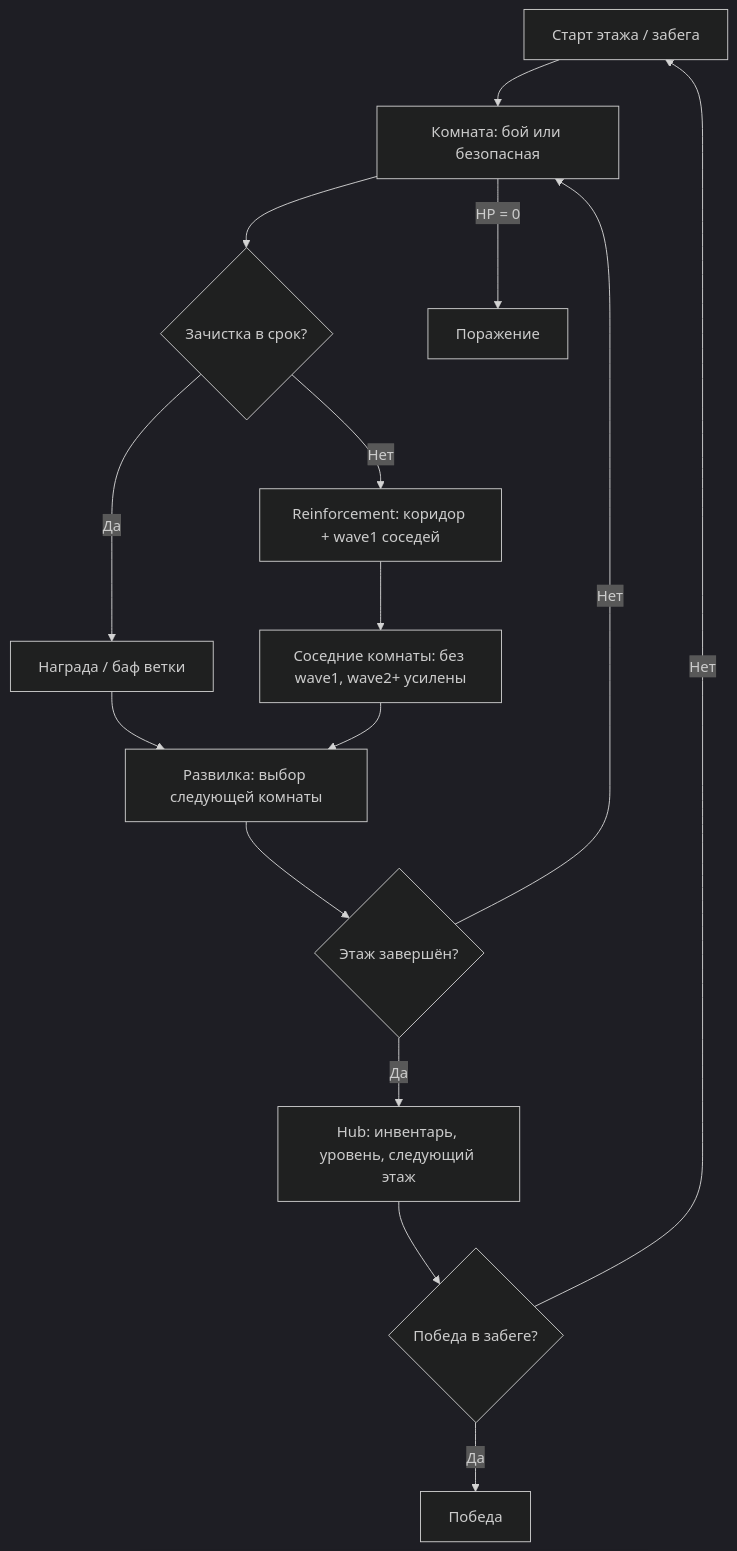
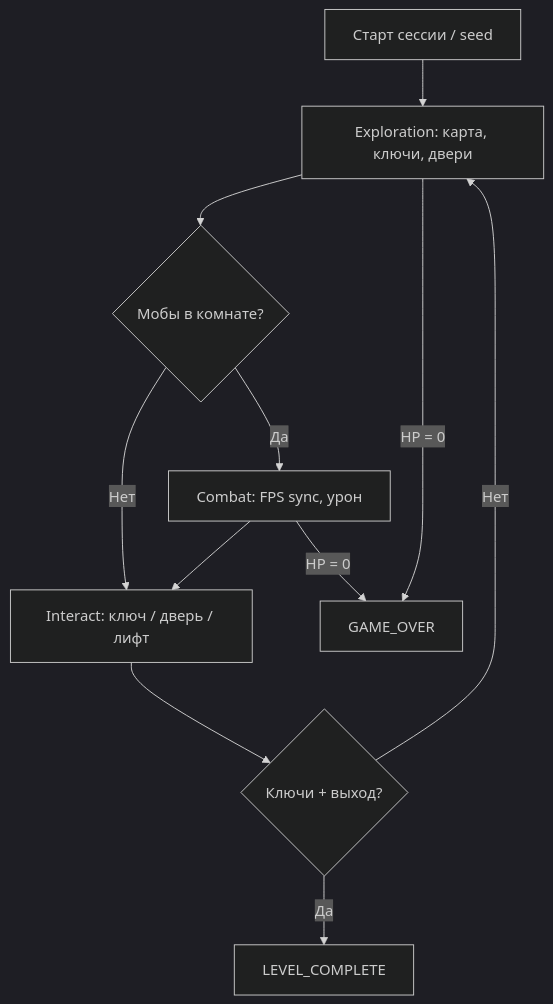
The diagram in docs/game-design.md (sallich/karlik2.SE_RUS), drawn with Mermaid (dark theme) before and after one commit. The commit also changed other lines of this file and 110 other files, not shown here.

````diff
--- a/docs/game-design.md
+++ b/docs/game-design.md
@@ -33,17 +22,13 @@
 ```mermaid
 flowchart TD
-    A[Старт этажа / забега] --> B[Комната: бой или безопасная]
-    B --> C{Зачистка в срок?}
-    C -->|Да| D[Награда / баф ветки]
-    C -->|Нет| E[Reinforcement: коридор + wave1 соседей]
-    E --> F[Соседние комнаты: без wave1, wave2+ усилены]
-    D --> G[Развилка: выбор следующей комнаты]
-    F --> G
-    G --> H{Этаж завершён?}
-    H -->|Нет| B
-    H -->|Да| I[Hub: инвентарь, уровень, следующий этаж]
-    I --> J{Победа в забеге?}
-    J -->|Нет| A
-    J -->|Да| K[Победа]
-    B -->|HP = 0| L[Поражение]
+    A[Старт сессии / seed] --> B[Exploration: карта, ключи, двери]
+    B --> C{Мобы в комнате?}
+    C -->|Да| D[Combat: FPS sync, урон]
+    C -->|Нет| E[Interact: ключ / дверь / лифт]
+    D --> E
+    E --> F{Ключи + выход?}
+    F -->|Нет| B
+    F -->|Да| G[LEVEL_COMPLETE]
+    D -->|HP = 0| H[GAME_OVER]
+    B -->|HP = 0| H
 ```
````
